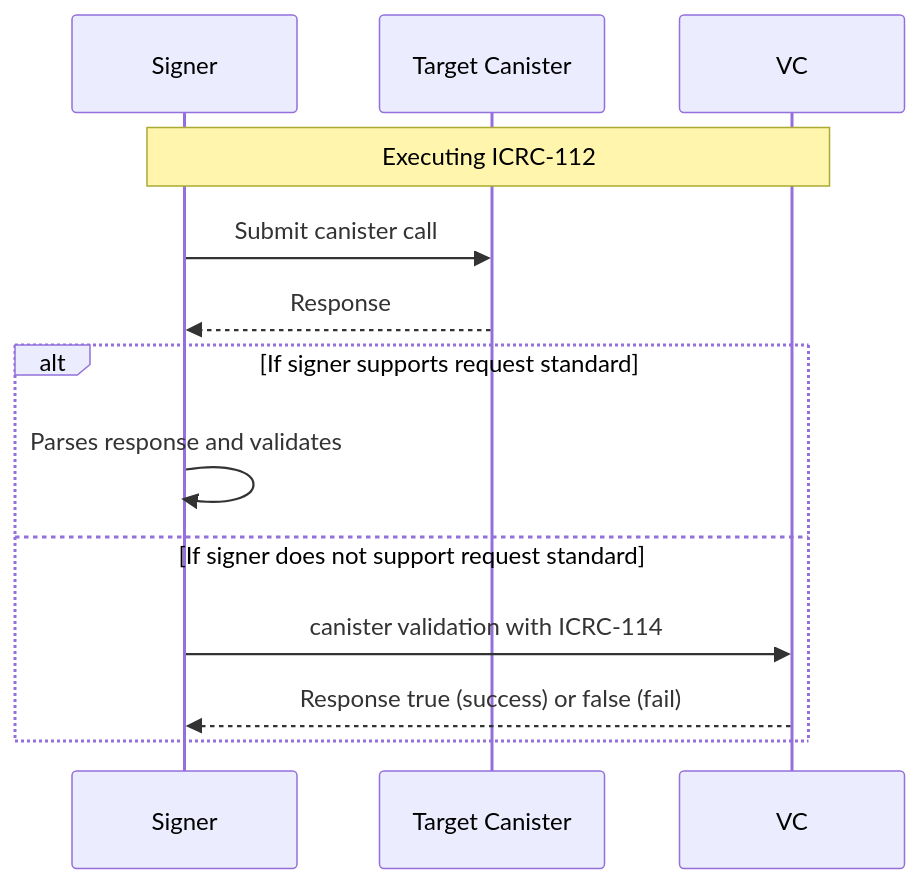
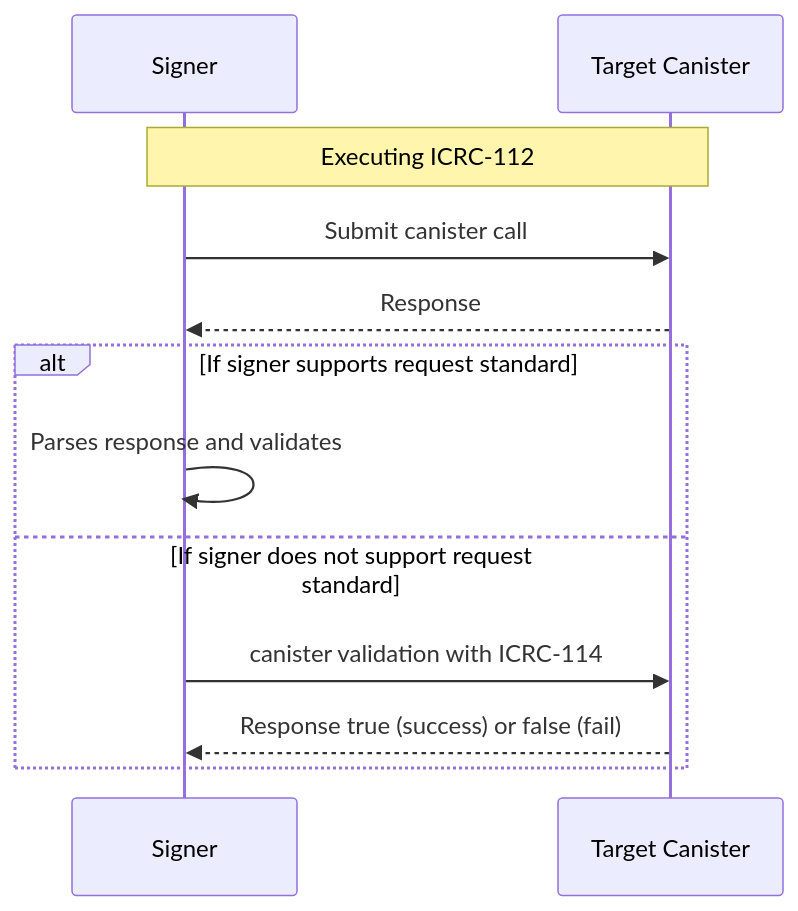
Before and after one commit to dfinity/wg-identity-authentication: the second of 2 diagrams in topics/icrc_114_validation_canister.md, drawn with Mermaid.

````diff
--- a/topics/icrc_114_validation_canister.md
+++ b/topics/icrc_114_validation_canister.md
@@ -52,15 +52,15 @@
 ```mermaid
 sequenceDiagram
     participant S as Signer
     participant C as Target Canister
-    note over S, VC: Executing ICRC-112
+    note over S, C: Executing ICRC-112
     S ->> C: Submit canister call
     C -->> S: Response
     %% validation only one in both validation
     alt If signer supports request standard
         S ->> S: Parses response and validates
     else If signer does not support request standard
-        S ->> VC: canister validation with ICRC-114
-        VC -->> S: Response true (success) or false (fail)
+        S ->> C: canister validation with ICRC-114
+        C -->> S: Response true (success) or false (fail)
     end
 ```
````
